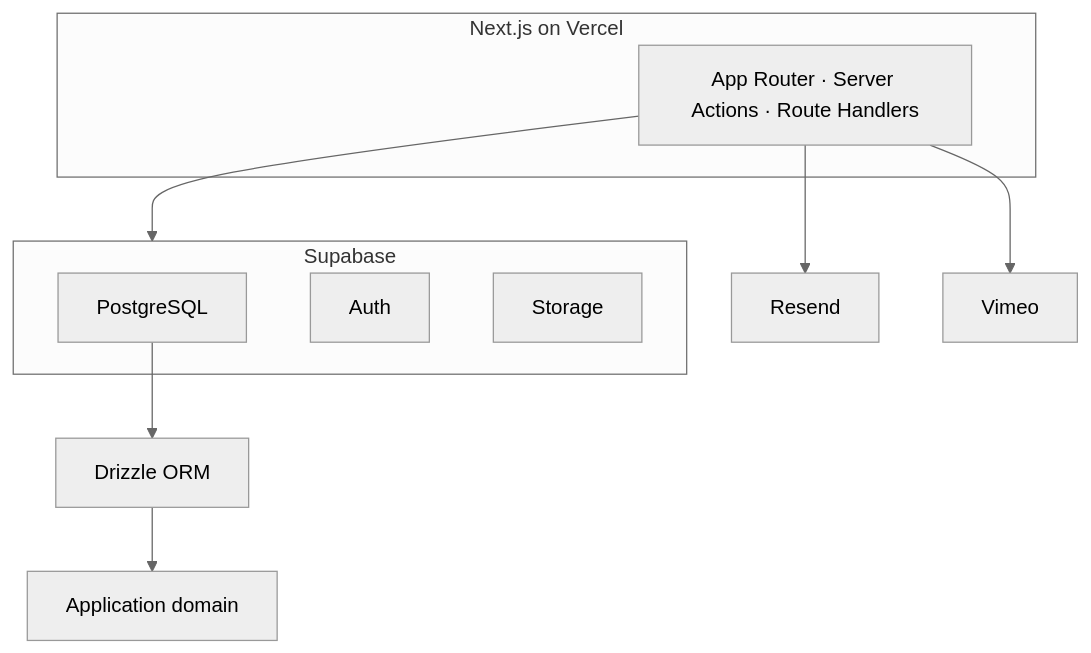
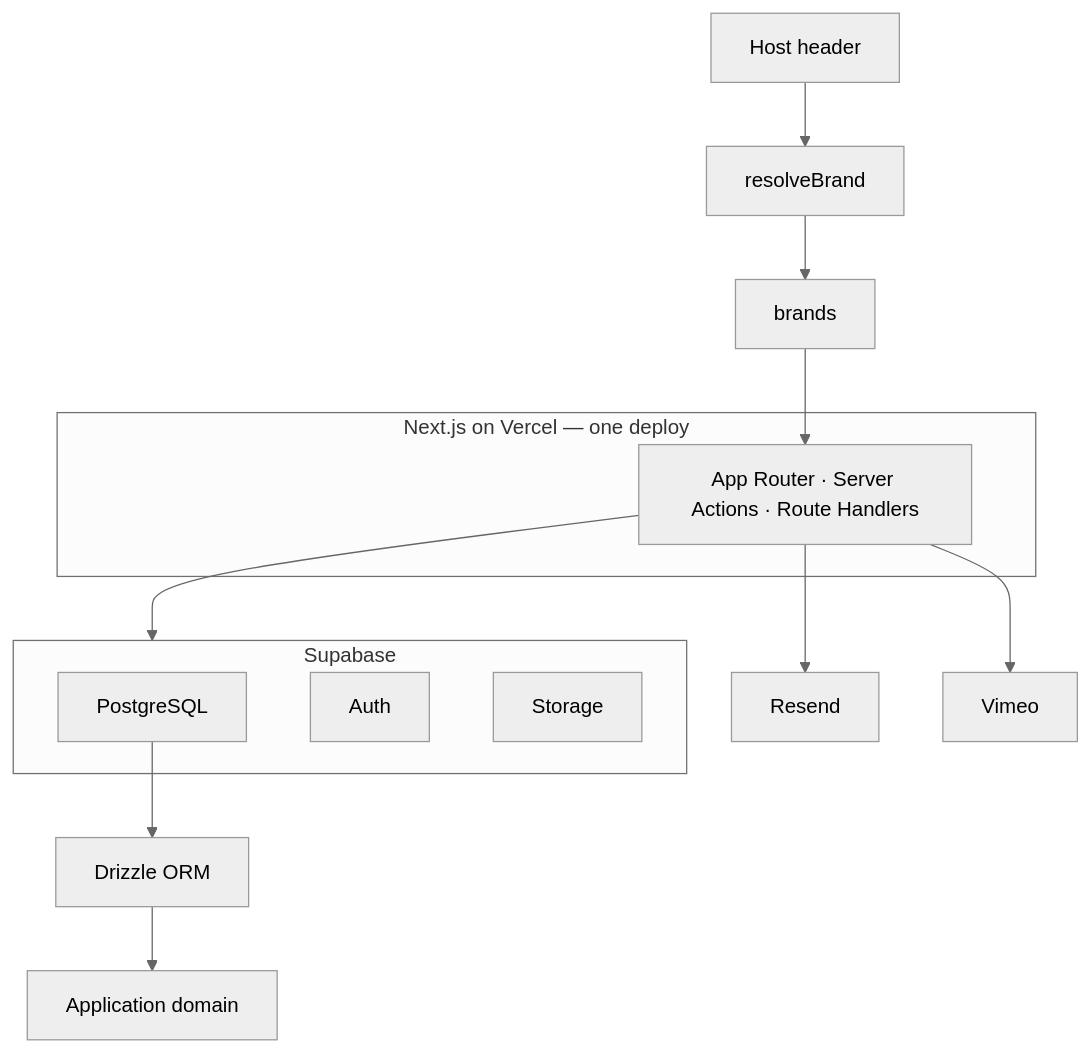
Before and after one commit to angeldavid218/learning-hub: the first of 3 diagrams in docs/architecture.md, drawn with Mermaid (neutral theme). The commit also changed other lines of this file and 5 other files, not shown here.

````diff
--- a/docs/architecture.md
+++ b/docs/architecture.md
@@ -12,19 +16,23 @@
 ```mermaid
 flowchart TB
-  subgraph Host["Next.js on Vercel"]
+  HostHdr["Host header"] --> Resolve["resolveBrand"]
+  Resolve --> BrandRow["brands"]
+
+  subgraph Deploy["Next.js on Vercel — one deploy"]
     App["App Router · Server Actions · Route Handlers"]
   end
 
+  BrandRow --> App
   App --> Supabase
   App --> Resend
   App --> Vimeo
 
   subgraph Supabase["Supabase"]
     PG["PostgreSQL"]
     Auth["Auth"]
     Storage["Storage"]
   end
 
   PG --> Drizzle["Drizzle ORM"]
   Drizzle --> Domain["Application domain"]
 ```
````
